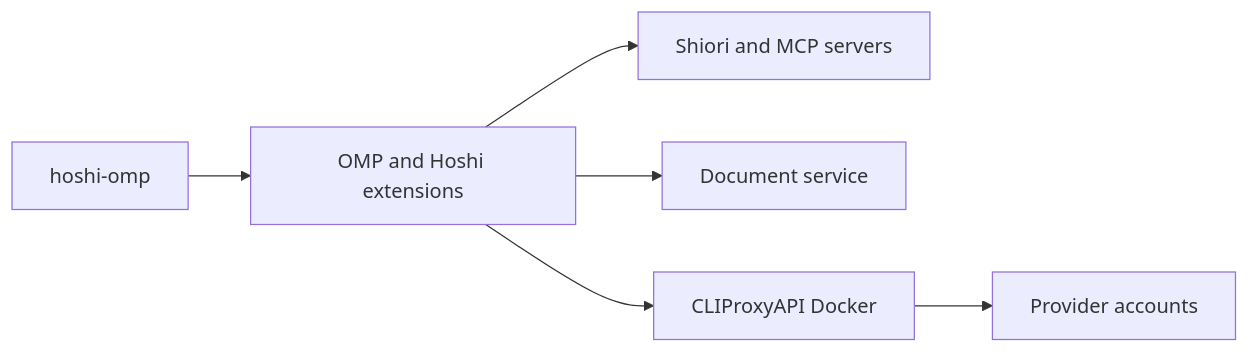
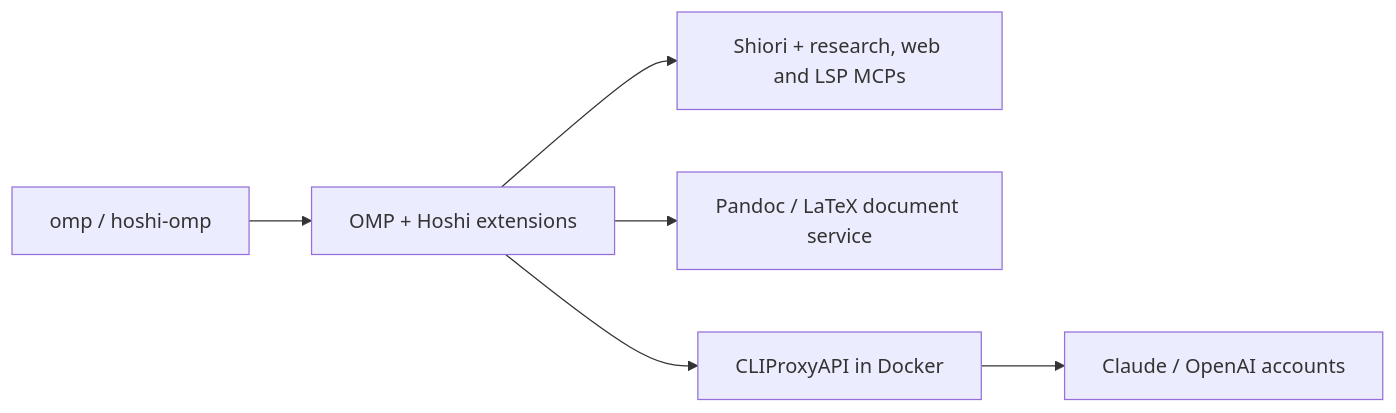
Before and after one commit to hoshinoht/tsuna: the diagram in README.md, drawn with Mermaid. The commit also changed other lines of this file and 1 other file, not shown here.

````diff
--- a/README.md
+++ b/README.md
@@ -43,8 +52,8 @@
 ```mermaid
 flowchart LR
-  U[hoshi-omp] --> O[OMP and Hoshi extensions]
-  O --> M[Shiori and MCP servers]
-  O --> D[Document service]
-  O --> P[CLIProxyAPI Docker]
-  P --> A[Provider accounts]
+  CLI[omp / hoshi-omp] --> OMP[OMP + Hoshi extensions]
+  OMP --> MCP[Shiori + research, web and LSP MCPs]
+  OMP --> Docs[Pandoc / LaTeX document service]
+  OMP --> Gateway[CLIProxyAPI in Docker]
+  Gateway --> Accounts[Claude / OpenAI accounts]
 ```
````
